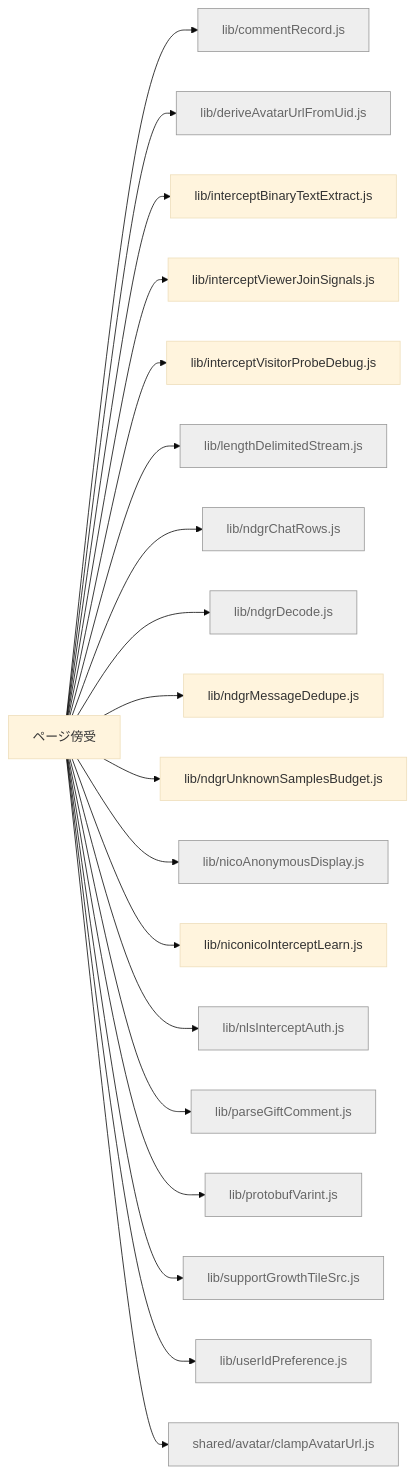
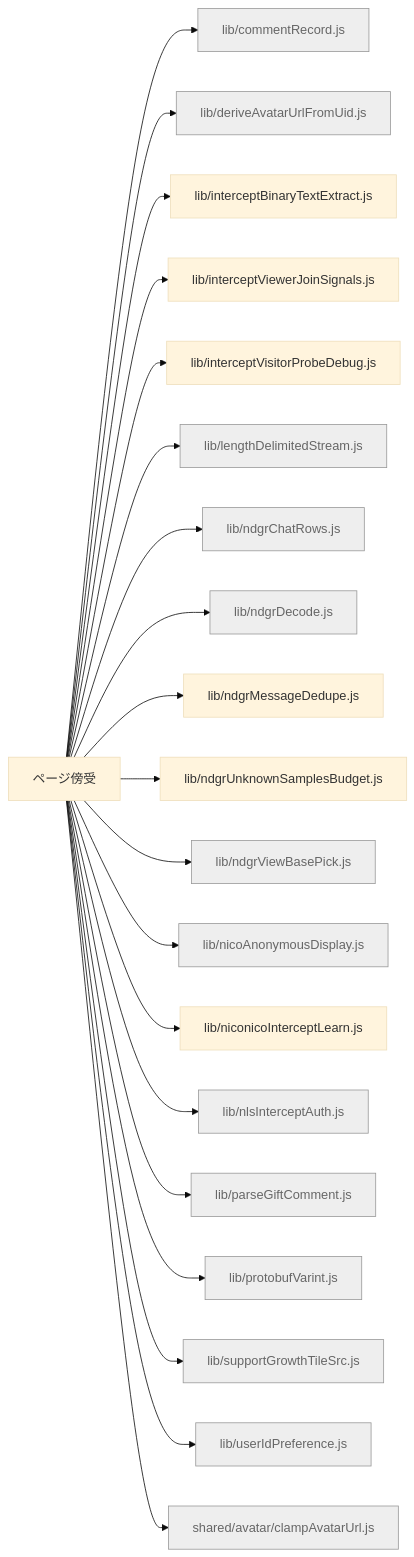
Before and after one commit to kimito-link/tsuioku-no-kirameki.com: the diagram in docs/feature-map/page-intercept.md, drawn with Mermaid (base theme). The commit also changed 32 other files, not shown here.

First line of the commit message:
fix(backfill): タイムシフトで過去コメント一括取得が stalled 固着するのを修正(空の NDGR view を飛ばす) v0.1.1560

````diff
--- a/docs/feature-map/page-intercept.md
+++ b/docs/feature-map/page-intercept.md
@@ -13,23 +13,24 @@
 ```mermaid
 graph LR
   n_page_intercept["ページ傍受"]
   n_page_intercept --> n_src_lib_commentRecord_js["lib/commentRecord.js"]:::shared
   n_page_intercept --> n_src_lib_deriveAvatarUrlFromUid_js["lib/deriveAvatarUrlFromUid.js"]:::shared
   n_page_intercept --> n_src_lib_interceptBinaryTextExtract_js["lib/interceptBinaryTextExtract.js"]
   n_page_intercept --> n_src_lib_interceptViewerJoinSignals_js["lib/interceptViewerJoinSignals.js"]
   n_page_intercept --> n_src_lib_interceptVisitorProbeDebug_js["lib/interceptVisitorProbeDebug.js"]
   n_page_intercept --> n_src_lib_lengthDelimitedStream_js["lib/lengthDelimitedStream.js"]:::shared
   n_page_intercept --> n_src_lib_ndgrChatRows_js["lib/ndgrChatRows.js"]:::shared
   n_page_intercept --> n_src_lib_ndgrDecode_js["lib/ndgrDecode.js"]:::shared
   n_page_intercept --> n_src_lib_ndgrMessageDedupe_js["lib/ndgrMessageDedupe.js"]
   n_page_intercept --> n_src_lib_ndgrUnknownSamplesBudget_js["lib/ndgrUnknownSamplesBudget.js"]
+  n_page_intercept --> n_src_lib_ndgrViewBasePick_js["lib/ndgrViewBasePick.js"]:::shared
   n_page_intercept --> n_src_lib_nicoAnonymousDisplay_js["lib/nicoAnonymousDisplay.js"]:::shared
   n_page_intercept --> n_src_lib_niconicoInterceptLearn_js["lib/niconicoInterceptLearn.js"]
   n_page_intercept --> n_src_lib_nlsInterceptAuth_js["lib/nlsInterceptAuth.js"]:::shared
   n_page_intercept --> n_src_lib_parseGiftComment_js["lib/parseGiftComment.js"]:::shared
   n_page_intercept --> n_src_lib_protobufVarint_js["lib/protobufVarint.js"]:::shared
   n_page_intercept --> n_src_lib_supportGrowthTileSrc_js["lib/supportGrowthTileSrc.js"]:::shared
   n_page_intercept --> n_src_lib_userIdPreference_js["lib/userIdPreference.js"]:::shared
   n_page_intercept --> n_src_shared_avatar_clampAvatarUrl_js["shared/avatar/clampAvatarUrl.js"]:::shared
   classDef shared fill:#eee,stroke:#999,color:#666;
 ```
````
